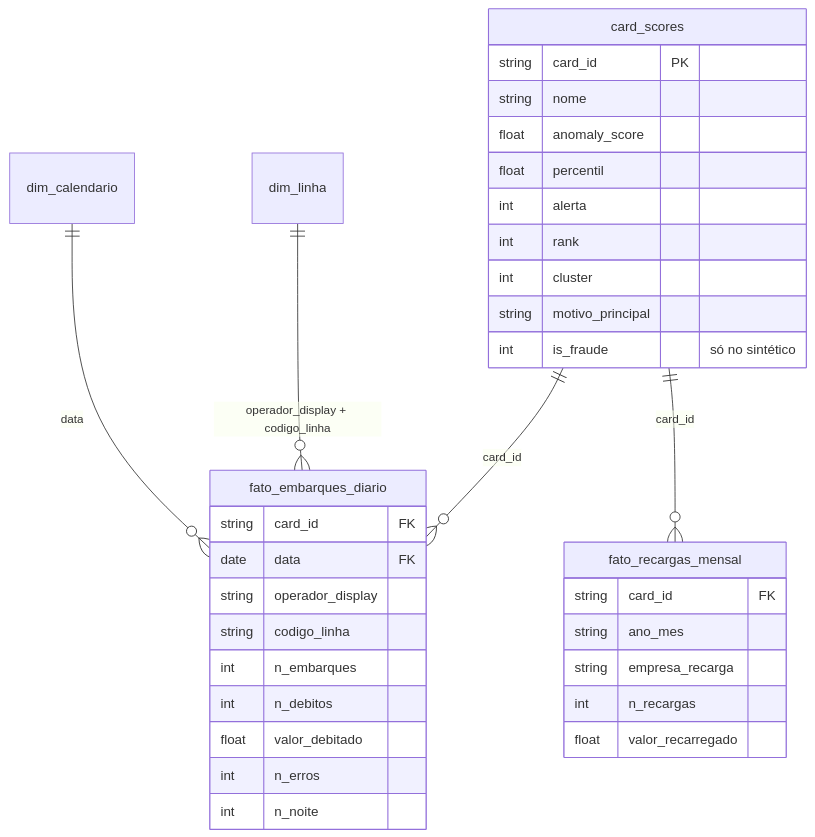
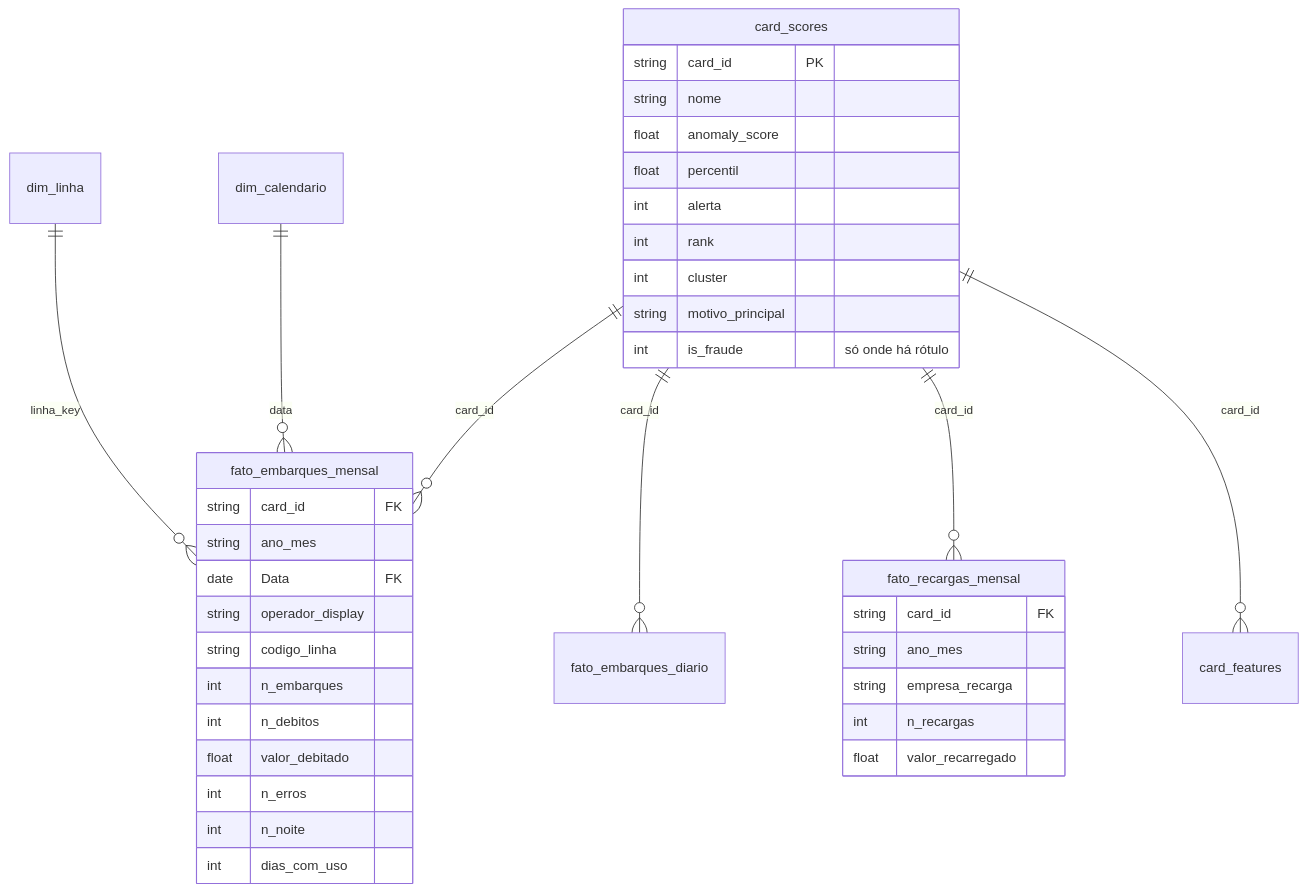
Before and after one commit to IgorClau/smart-ticket-fraud-detection: the diagram in mlops/powerbi/README.md, drawn with Mermaid. The commit also changed other lines of this file and 4 other files, not shown here.

````diff
--- a/mlops/powerbi/README.md
+++ b/mlops/powerbi/README.md
@@ -14,37 +112,41 @@
 ```mermaid
 erDiagram
+    card_scores ||--o{ fato_embarques_mensal : card_id
     card_scores ||--o{ fato_embarques_diario : card_id
     card_scores ||--o{ fato_recargas_mensal : card_id
-    dim_linha ||--o{ fato_embarques_diario : "operador_display + codigo_linha"
-    dim_calendario ||--o{ fato_embarques_diario : data
+    card_scores ||--o{ card_features : card_id
+    dim_linha ||--o{ fato_embarques_mensal : linha_key
+    dim_calendario ||--o{ fato_embarques_mensal : data
 
     card_scores {
         string card_id PK
         string nome
         float anomaly_score
         float percentil
         int alerta
         int rank
         int cluster
         string motivo_principal
-        int is_fraude "só no sintético"
+        int is_fraude "só onde há rótulo"
     }
-    fato_embarques_diario {
+    fato_embarques_mensal {
         string card_id FK
-        date data FK
+        string ano_mes
+        date Data FK
         string operador_display
         string codigo_linha
         int n_embarques
         int n_debitos
         float valor_debitado
         int n_erros
         int n_noite
+        int dias_com_uso
     }
     fato_recargas_mensal {
         string card_id FK
         string ano_mes
         string empresa_recarga
         int n_recargas
         float valor_recarregado
     }
 ```
````
